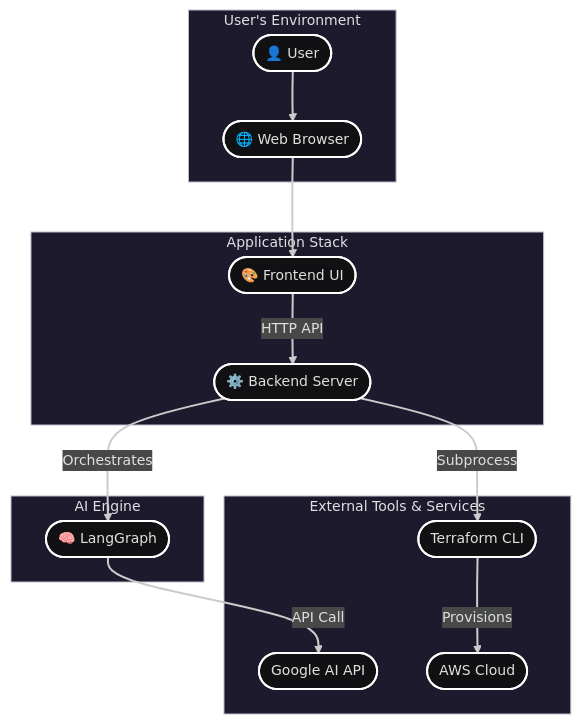
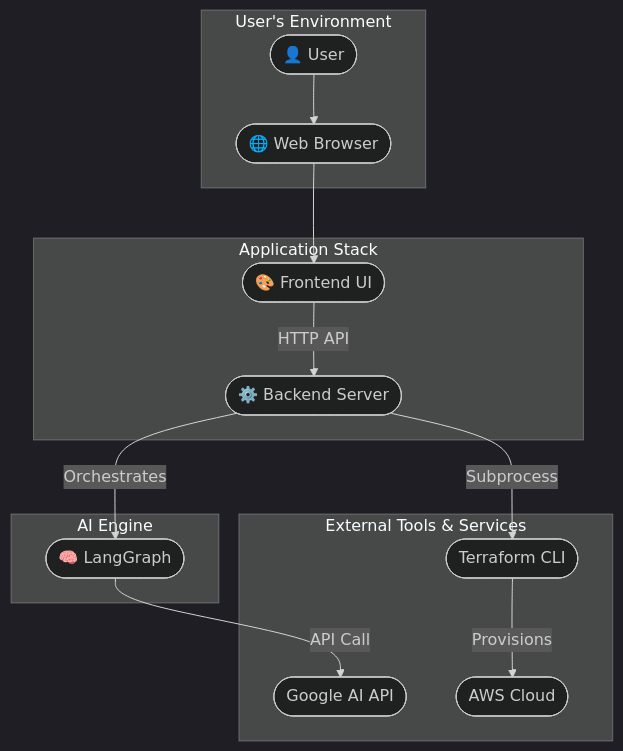
One commit to UnityNimit/TerraFormancer changed the first of 4 diagrams in README.md. Above: the diagram before and after it, drawn with Mermaid. The commit also changed other lines of this file, not shown here.

````diff
--- a/README.md
+++ b/README.md
@@ -155,31 +155,30 @@
-```mermaid
----
-config:
-  theme: redux-dark
-  look: classic
----
-flowchart TD
- subgraph User_Environment["User's Environment"]
-    User(["👤 User"])
-    Browser(["🌐 Web Browser"])
-  end
- subgraph App_Stack["Application Stack"]
-    Frontend(["🎨 Frontend UI"])
-    Backend(["⚙️ Backend Server"])
-  end
- subgraph AI_Engine["AI Engine"]
-    LangGraph(["🧠 LangGraph"])
-  end
- subgraph External["External Tools & Services"]
-    GenAI(["Google AI API"])
-    TerraformCLI(["Terraform CLI"])
-    AWS(["AWS Cloud"])
-  end
-    User --> Browser
-    Browser --> Frontend
-    Frontend -- HTTP API --> Backend
-    Backend -- Orchestrates --> LangGraph
-    LangGraph -- API Call --> GenAI
-    Backend -- Subprocess --> TerraformCLI
-    TerraformCLI -- Provisions --> AWS
-```
+      ```mermaid
+      ---
+      config:
+        theme: dark
+      ---
+      flowchart TD
+        subgraph User_Environment["User's Environment"]
+          User(["👤 User"])
+          Browser(["🌐 Web Browser"])
+        end
+        subgraph App_Stack["Application Stack"]
+          Frontend(["🎨 Frontend UI"])
+          Backend(["⚙️ Backend Server"])
+        end
+        subgraph AI_Engine["AI Engine"]
+          LangGraph(["🧠 LangGraph"])
+        end
+        subgraph External["External Tools & Services"]
+          GenAI(["Google AI API"])
+          TerraformCLI(["Terraform CLI"])
+          AWS(["AWS Cloud"])
+        end
+        User --> Browser
+        Browser --> Frontend
+        Frontend -- HTTP API --> Backend
+        Backend -- Orchestrates --> LangGraph
+        LangGraph -- API Call --> GenAI
+        Backend -- Subprocess --> TerraformCLI
+        TerraformCLI -- Provisions --> AWS
+      ```
````
